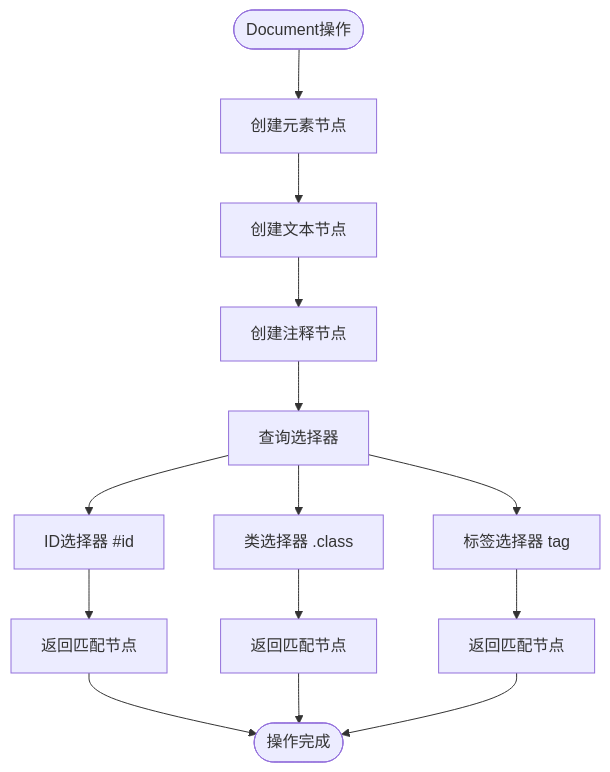
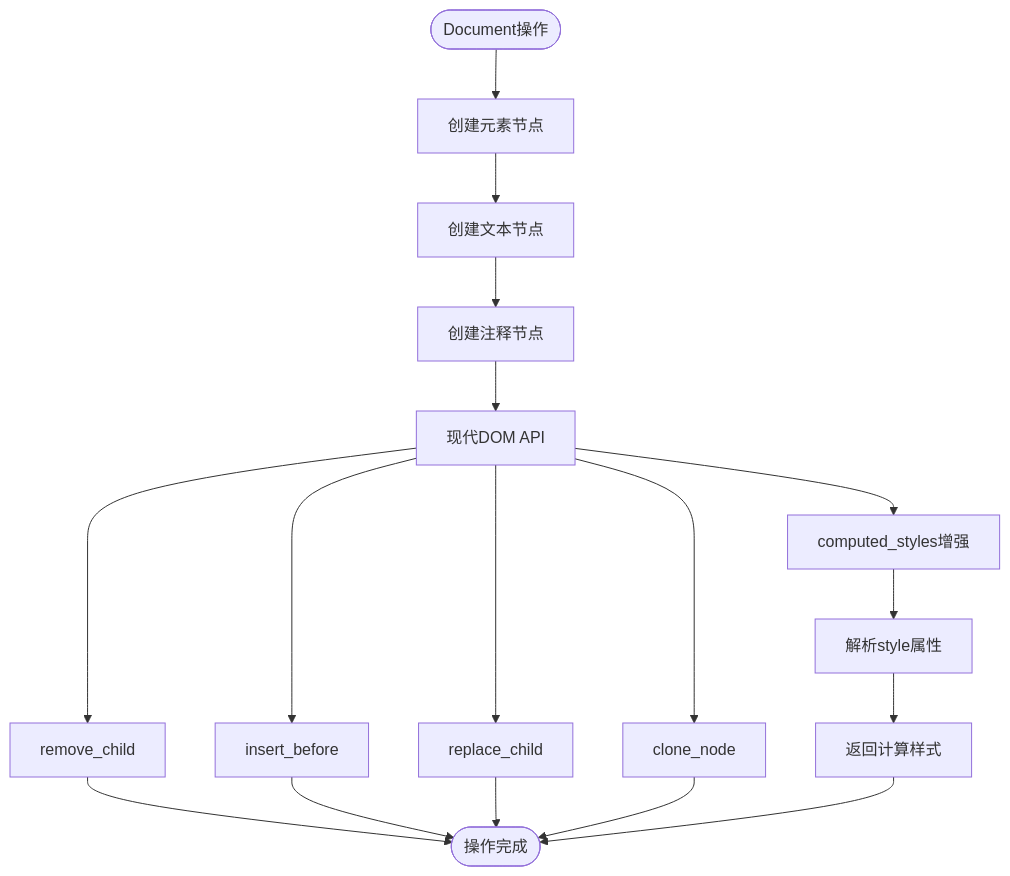
One commit to itszzl-sudo/iris changed the eighth of 11 diagrams in .qoder/repowiki/zh/content/技术架构详解/跨端抽象层/iris-dom浏览器对象模型(BOM).md. Above: the diagram before and after it, drawn with Mermaid. The commit also changed other lines of this file and 10 other files, not shown here.

````diff
--- a/.qoder/repowiki/zh/content/技术架构详解/跨端抽象层/iris-dom浏览器对象模型(BOM).md
+++ b/.qoder/repowiki/zh/content/技术架构详解/跨端抽象层/iris-dom浏览器对象模型(BOM).md
@@ -400,16 +429,19 @@
 ```mermaid
 flowchart TD
 Start([Document操作]) --> CreateElement[创建元素节点]
 CreateElement --> CreateText[创建文本节点]
 CreateText --> CreateComment[创建注释节点]
-CreateComment --> QuerySelector[查询选择器]
-QuerySelector --> IDSelector[ID选择器 #id]
-QuerySelector --> ClassSelector[类选择器 .class]
-QuerySelector --> TagSelector[标签选择器 tag]
-IDSelector --> Found1[返回匹配节点]
-ClassSelector --> Found2[返回匹配节点]
-TagSelector --> Found3[返回匹配节点]
-Found1 --> End([操作完成])
-Found2 --> End
-Found3 --> End
+CreateComment --> ModernAPI[现代DOM API]
+ModernAPI --> RemoveChild[remove_child]
+ModernAPI --> InsertBefore[insert_before]
+ModernAPI --> ReplaceChild[replace_child]
+ModernAPI --> CloneNode[clone_node]
+ModernAPI --> ComputedStyles[computed_styles增强]
+ComputedStyles --> StyleParsing[解析style属性]
+StyleParsing --> ReturnStyles[返回计算样式]
+RemoveChild --> End([操作完成])
+InsertBefore --> End
+ReplaceChild --> End
+CloneNode --> End
+ReturnStyles --> End
 ```
````
